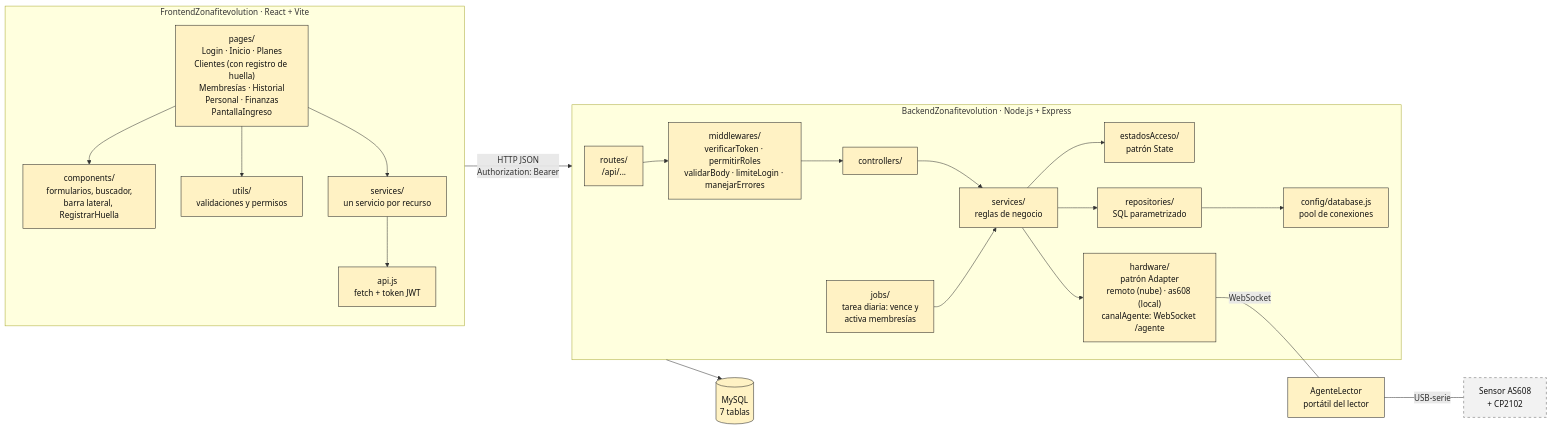
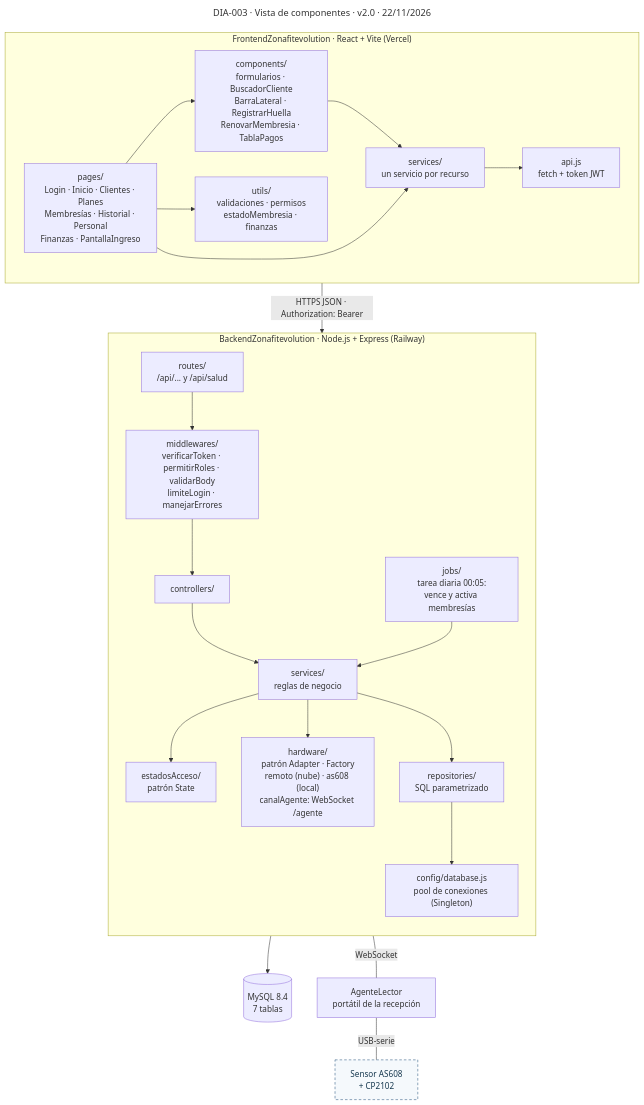
The diagram in docs/diagramas/componentes.mmd (zonafitevolutionSENA/ZonaFitEvolution03), drawn with Mermaid before and after one commit. The commit also changed 65 other files, not shown here.

First line of the commit message:
docs(diagramas): rehacer los diagramas con un solo estilo y ubicarlos según la documentación

```diff
--- a/docs/diagramas/componentes.mmd
+++ b/docs/diagramas/componentes.mmd
@@ -1,39 +1,36 @@
-%% DIA-003 · Vista de componentes (v1.3). Fuente del diagrama de docs/04-arquitectura.md
-flowchart LR
-  subgraph front["FrontendZonafitevolution · React + Vite"]
-    pages["pages/<br/>Login · Inicio · Planes<br/>Clientes (con registro de huella)<br/>Membresías · Historial<br/>Personal · Finanzas<br/>PantallaIngreso"]:::sis
-    comp["components/<br/>formularios, buscador,<br/>barra lateral, RegistrarHuella"]:::sis
-    utils["utils/<br/>validaciones y permisos"]:::sis
-    fserv["services/<br/>un servicio por recurso"]:::sis
-    apijs["api.js<br/>fetch + token JWT"]:::sis
+---
+title: "DIA-003 · Vista de componentes · v2.0 · 22/11/2026"
+---
+%% Fuente del diagrama de docs/04-arquitectura.md (sección 6.3)
+flowchart TB
+  subgraph front["FrontendZonafitevolution · React + Vite (Vercel)"]
+    direction LR
+    pages["pages/<br/>Login · Inicio · Clientes · Planes<br/>Membresías · Historial · Personal<br/>Finanzas · PantallaIngreso"]
+    comp["components/<br/>formularios · BuscadorCliente<br/>BarraLateral · RegistrarHuella<br/>RenovarMembresia · TablaPagos"]
+    utils["utils/<br/>validaciones · permisos<br/>estadoMembresia · finanzas"]
+    fserv["services/<br/>un servicio por recurso"]
+    apijs["api.js<br/>fetch + token JWT"]
     pages --> comp
     pages --> utils
+    comp --> fserv
     pages --> fserv
     fserv --> apijs
   end
-  subgraph back["BackendZonafitevolution · Node.js + Express"]
-    routes["routes/<br/>/api/..."]:::sis
-    mw["middlewares/<br/>verificarToken · permitirRoles<br/>validarBody · limiteLogin · manejarErrores"]:::sis
-    ctrl["controllers/"]:::sis
-    bserv["services/<br/>reglas de negocio"]:::sis
-    jobs["jobs/<br/>tarea diaria: vence y<br/>activa membresías"]:::sis
-    estados["estadosAcceso/<br/>patrón State"]:::sis
-    hw["hardware/<br/>patrón Adapter<br/>remoto (nube) · as608 (local)<br/>canalAgente: WebSocket /agente"]:::sis
-    repos["repositories/<br/>SQL parametrizado"]:::sis
-    cfg["config/database.js<br/>pool de conexiones"]:::sis
-    routes --> mw --> ctrl --> bserv
-    jobs --> bserv
-    bserv --> estados
-    bserv --> hw
-    bserv --> repos --> cfg
+  subgraph back["BackendZonafitevolution · Node.js + Express (Railway)"]
+    direction TB
+    routes["routes/<br/>/api/... y /api/salud"] --> mw["middlewares/<br/>verificarToken · permitirRoles · validarBody<br/>limiteLogin · manejarErrores"]
+    mw --> ctrl["controllers/"] --> bserv["services/<br/>reglas de negocio"]
+    jobs["jobs/<br/>tarea diaria 00:05:<br/>vence y activa membresías"] --> bserv
+    bserv --> estados["estadosAcceso/<br/>patrón State"]
+    bserv --> hw["hardware/<br/>patrón Adapter · Factory<br/>remoto (nube) · as608 (local)<br/>canalAgente: WebSocket /agente"]
+    bserv --> repos["repositories/<br/>SQL parametrizado"] --> cfg["config/database.js<br/>pool de conexiones (Singleton)"]
   end
-  db[("MySQL<br/>7 tablas")]:::sis
-  agente["AgenteLector<br/>portátil del lector"]:::sis
+  db[("MySQL 8.4<br/>7 tablas")]
+  agente["AgenteLector<br/>portátil de la recepción"]
   sensor["Sensor AS608<br/>+ CP2102"]:::hw
-  front -- "HTTP JSON<br/>Authorization: Bearer" --> back
+  apijs -- "HTTPS JSON · Authorization: Bearer" --> routes
+  cfg --> db
   hw -- "WebSocket" --- agente
   agente -- "USB-serie" --- sensor
-  back --> db
-  classDef sis fill:#FFF2C4,stroke:#222,stroke-width:1px,color:#111
-  classDef actor fill:#1A1A1A,stroke:#1A1A1A,color:#FFFFFF
-  classDef hw fill:#F2F2F2,stroke:#666,stroke-width:1px,stroke-dasharray:5 5,color:#111
+  classDef actor fill:#1F4E79,stroke:#16384F,color:#FFFFFF
+  classDef hw fill:#F5F9FC,stroke:#1F4E79,stroke-dasharray:5 4,color:#16384F
```
